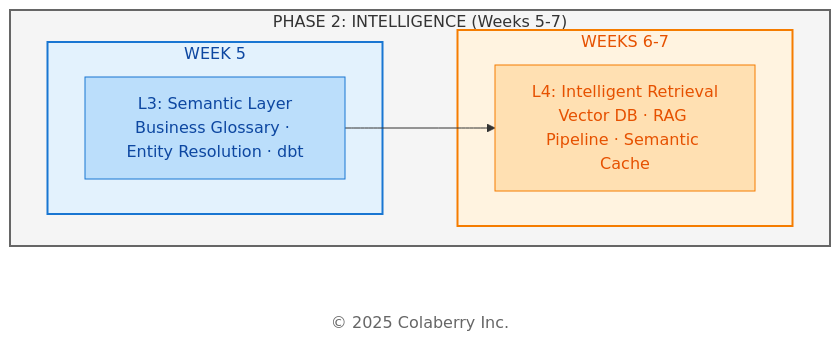
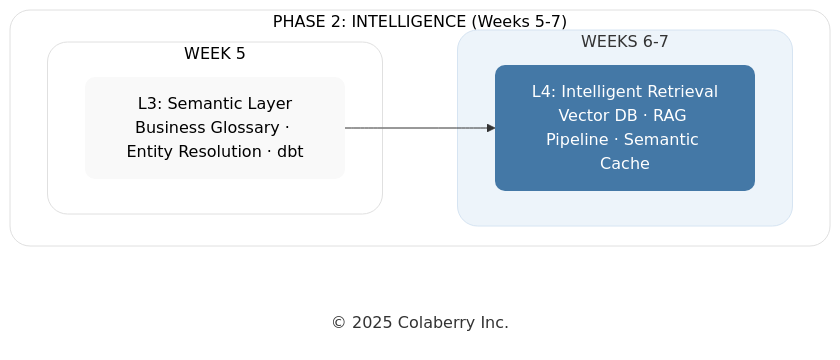
Before and after one commit to saitejesh-cyber/trust-before-intelligence-book: the fourth of 7 diagrams in manuscript/11_chapter_10_week_by_week_implementation.md, drawn with Mermaid. The commit also changed other lines of this file and 7 other files, not shown here.

Commit message:
Chapter 6to13: Updated mermaid diagrams based on new colaberry color code

````diff
--- a/manuscript/11_chapter_10_week_by_week_implementation.md
+++ b/manuscript/11_chapter_10_week_by_week_implementation.md
@@ -263,26 +263,26 @@
 ```mermaid
 
 graph LR
     subgraph PHASE2["PHASE 2: INTELLIGENCE (Weeks 5-7)"]
         direction LR
         subgraph WEEK5["WEEK 5"]
             L3["L3: Semantic Layer<br/>Business Glossary · Entity Resolution · dbt"]
         end
         
         subgraph WEEK67["WEEKS 6-7"]
             L4["L4: Intelligent Retrieval<br/>Vector DB · RAG Pipeline · Semantic Cache"]
         end
     end
     
     Copyright["© 2025 Colaberry Inc."]
     
     L3 --> L4
     
-    style PHASE2 fill:#f5f5f5,stroke:#666666,stroke-width:2px,color:#333333
-    style WEEK5 fill:#e3f2fd,stroke:#1976d2,stroke-width:2px,color:#0d47a1
-    style WEEK67 fill:#fff3e0,stroke:#f57c00,stroke-width:2px,color:#e65100
-    style L3 fill:#bbdefb,stroke:#1976d2,color:#0d47a1
-    style L4 fill:#ffe0b2,stroke:#f57c00,color:#e65100
-    style Copyright fill:#ffffff,stroke:none,color:#666666
+    style PHASE2 fill:#ffffff,stroke:#e0e0e0,stroke-width:1px,color:#000000,rx:20,ry:20
+    style WEEK5 fill:#ffffff,stroke:#e0e0e0,stroke-width:1px,color:#000000,rx:20,ry:20
+    style WEEK67 fill:#edf4fa,stroke:#d6e4f2,stroke-width:1px,color:#333333,rx:20,ry:20
+    style L3 fill:#f9f9f9,stroke:none,color:#000000,rx:10,ry:10
+    style L4 fill:#4478A6,stroke:none,color:#ffffff,rx:10,ry:10
+    style Copyright fill:none,stroke:none,color:#333333
 
 ```
````
